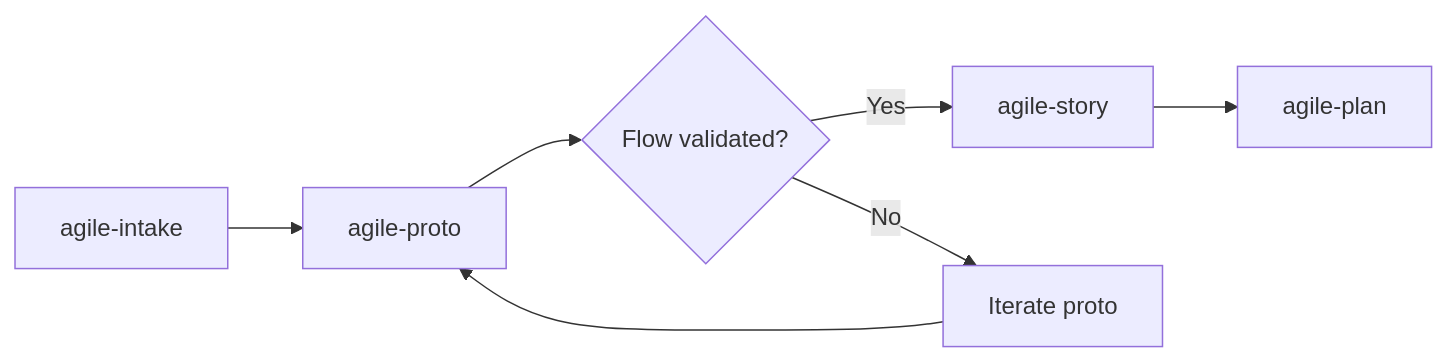
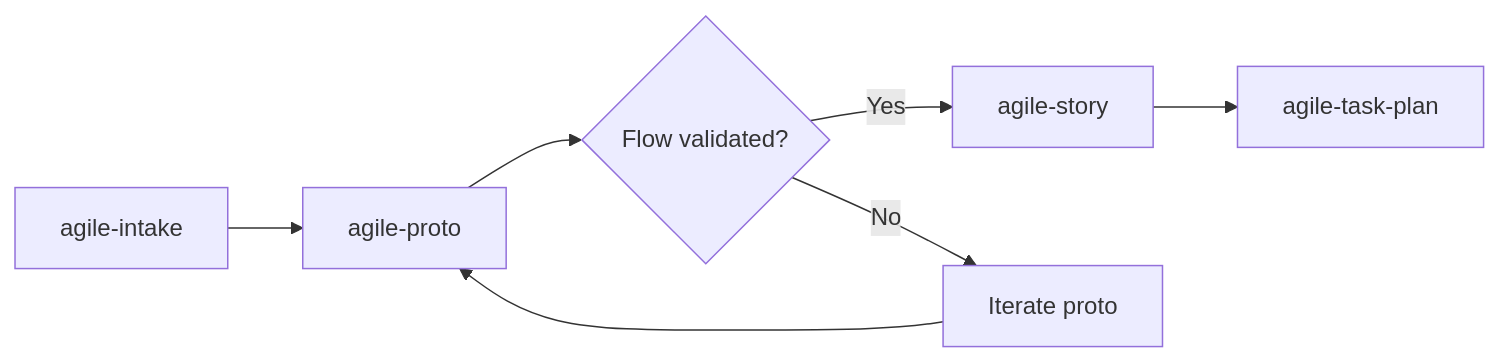
Before and after one commit to djalmajr/essential-skills: the diagram in skills/agile-proto/README.md, drawn with Mermaid. The commit also changed other lines of this file and 29 other files, not shown here.

First line of the commit message:
Rename agile-plan to agile-task-plan, remove all sizing codes

````diff
--- a/skills/agile-proto/README.md
+++ b/skills/agile-proto/README.md
@@ -88,9 +88,9 @@
 ```mermaid
 flowchart LR
     A[agile-intake] --> B[agile-proto]
     B --> C{Flow validated?}
     C -- Yes --> D[agile-story]
-    D --> E[agile-plan]
+    D --> E[agile-task-plan]
     C -- No --> F[Iterate proto]
     F --> B
 ```
````
